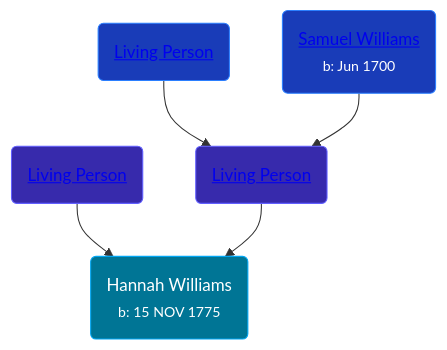
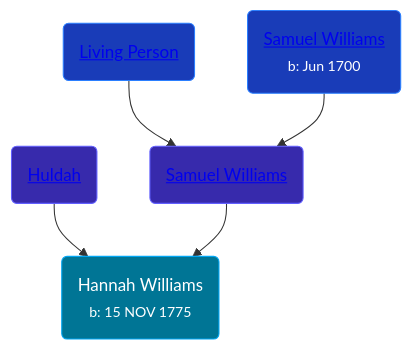
The diagram in pages/people/8/80814952.md (wpmgotkh/wpmgotkh.github.io), drawn with Mermaid before and after one commit. The commit also changed other lines of this file and 586 other files, not shown here.

Commit message:
feat: better shouldConsiderPersonLiving algo

````diff
--- a/pages/people/8/80814952.md
+++ b/pages/people/8/80814952.md
@@ -10,11 +10,11 @@
 ```mermaid
 graph
 classDef grands fill:#193cb8,stroke:#2b7fff,stroke-width:1px,color:#fff;
 classDef parents fill:#372aac,stroke:#615fff,stroke-width:1px,color:#fff;
 classDef primary fill:#007595,stroke:#00a6f4,stroke-width:1px,color:#fff;
 80814952(Hannah Williams<br /><small>b: 15 NOV 1775</small>):::primary
-62871690(<a class="text-white" href="/people/6/62871690">Living Person</a>):::parents-->80814952
-55971024(<a class="text-white" href="/people/5/55971024">Living Person</a>):::parents-->80814952
+62871690(<a class="text-white" href="/people/6/62871690">Huldah </a>):::parents-->80814952
+55971024(<a class="text-white" href="/people/5/55971024">Samuel Williams</a>):::parents-->80814952
 27215076(<a class="text-white" href="/people/2/27215076">Living Person</a>):::grands-->55971024
 90108080(<a class="text-white" href="/people/9/90108080">Samuel Williams</a><br /><small>b: Jun 1700</small>):::grands-->55971024
 ```
````
